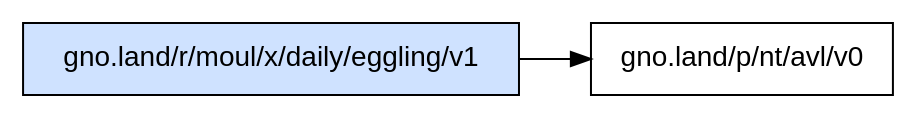
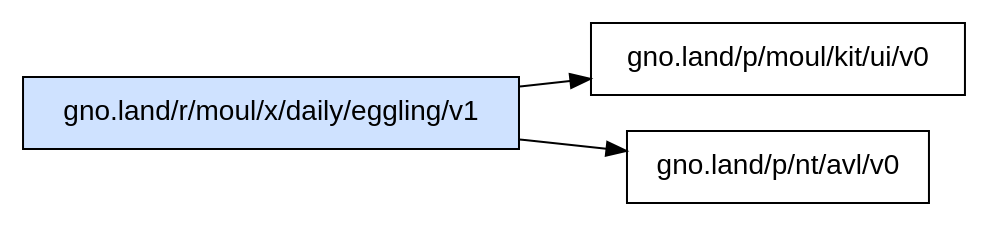
Before and after one commit to moul/gno-contracts: the diagram in _assets/gno.land/r/moul/x/daily/eggling/v1/deps.dot, drawn with Graphviz. The commit also changed 91 other files, not shown here.

Commit message:
chore: regenerate catalog, graphs and on-chain status [skip ci]

```diff
--- a/_assets/gno.land/r/moul/x/daily/eggling/v1/deps.dot
+++ b/_assets/gno.land/r/moul/x/daily/eggling/v1/deps.dot
@@ -1,6 +1,7 @@
 digraph deps {
   rankdir=LR;
   node [shape=box, fontname="sans-serif"];
   "gno.land/r/moul/x/daily/eggling/v1" [style=filled, fillcolor="#cfe2ff"];
+  "gno.land/r/moul/x/daily/eggling/v1" -> "gno.land/p/moul/kit/ui/v0";
   "gno.land/r/moul/x/daily/eggling/v1" -> "gno.land/p/nt/avl/v0";
 }
```
